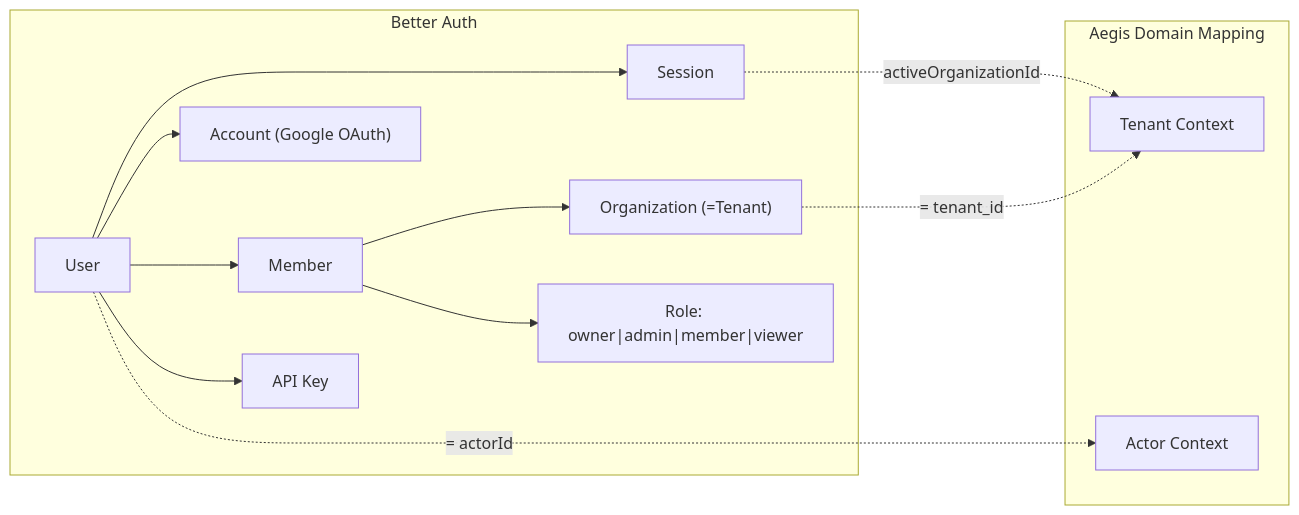
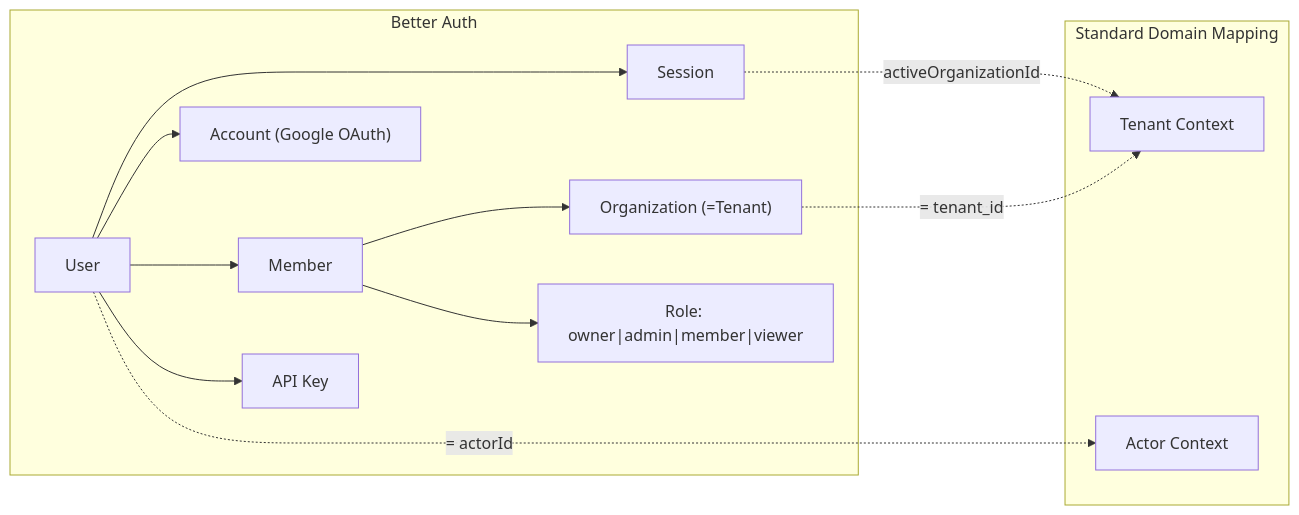
One commit to resper1965/standard-api changed the sixth of 6 diagrams in _reversa_sdd/03-arquitetura-c4.md. Above: the diagram before and after it, drawn with Mermaid. The commit also changed other lines of this file and 361 other files, not shown here.

````diff
--- a/_reversa_sdd/03-arquitetura-c4.md
+++ b/_reversa_sdd/03-arquitetura-c4.md
@@ -230,17 +230,17 @@
 ```mermaid
 graph LR
     subgraph "Better Auth"
         U["User"] --> S["Session"]
         U --> A["Account (Google OAuth)"]
         U --> M["Member"]
         M --> O["Organization (=Tenant)"]
         M --> R["Role: owner|admin|member|viewer"]
         U --> AK["API Key"]
     end
 
-    subgraph "Aegis Domain Mapping"
+    subgraph "Standard Domain Mapping"
         O -.->|"= tenant_id"| T["Tenant Context"]
         U -.->|"= actorId"| AC["Actor Context"]
         S -.->|"activeOrganizationId"| T
     end
 ```
````
